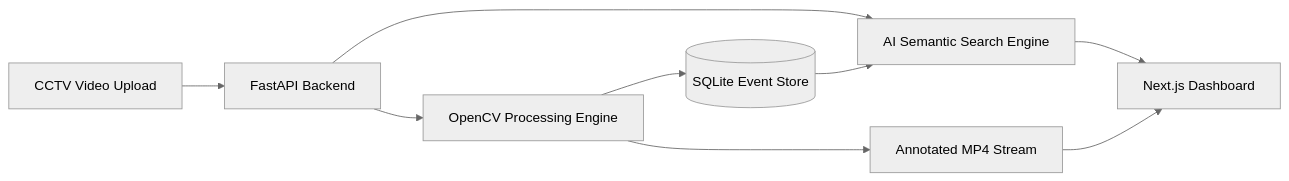
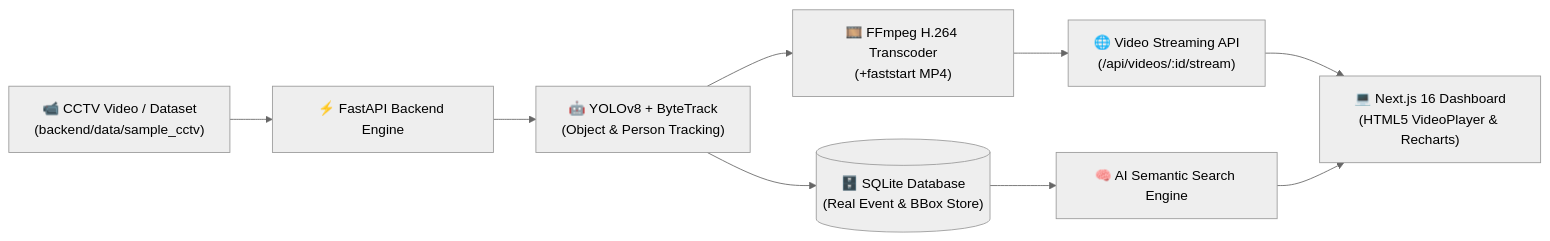
Before and after one commit to Vaishnavi-khatri2005/retail-cctv-analytics: the diagram in README.md, drawn with Mermaid (neutral theme). The commit also changed other lines of this file, not shown here.

Commit message:
Update README with YOLOv8, live Cloudflare/GCP links, and precision evidence playback docs

````diff
--- a/README.md
+++ b/README.md
@@ -37,11 +41,11 @@
 ```mermaid
-graph LR
-    A[CCTV Video Upload] --> B[FastAPI Backend]
-    B --> C[OpenCV Processing Engine]
-    B --> D[AI Semantic Search Engine]
-    C --> E[(SQLite Event Store)]
-    C --> F[Annotated MP4 Stream]
-    E --> D
-    D --> G[Next.js Dashboard]
-    F --> G
+flowchart LR
+    A["📹 CCTV Video / Dataset\n(backend/data/sample_cctv)"] --> B["⚡ FastAPI Backend Engine"]
+    B --> C["🤖 YOLOv8 + ByteTrack\n(Object & Person Tracking)"]
+    C --> D["🎞️ FFmpeg H.264 Transcoder\n(+faststart MP4)"]
+    C --> E[("🗄️ SQLite Database\n(Real Event & BBox Store)")]
+    D --> F["🌐 Video Streaming API\n(/api/videos/:id/stream)"]
+    E --> G["🧠 AI Semantic Search Engine"]
+    F --> H["💻 Next.js 16 Dashboard\n(HTML5 VideoPlayer & Recharts)"]
+    G --> H
 ```
````
